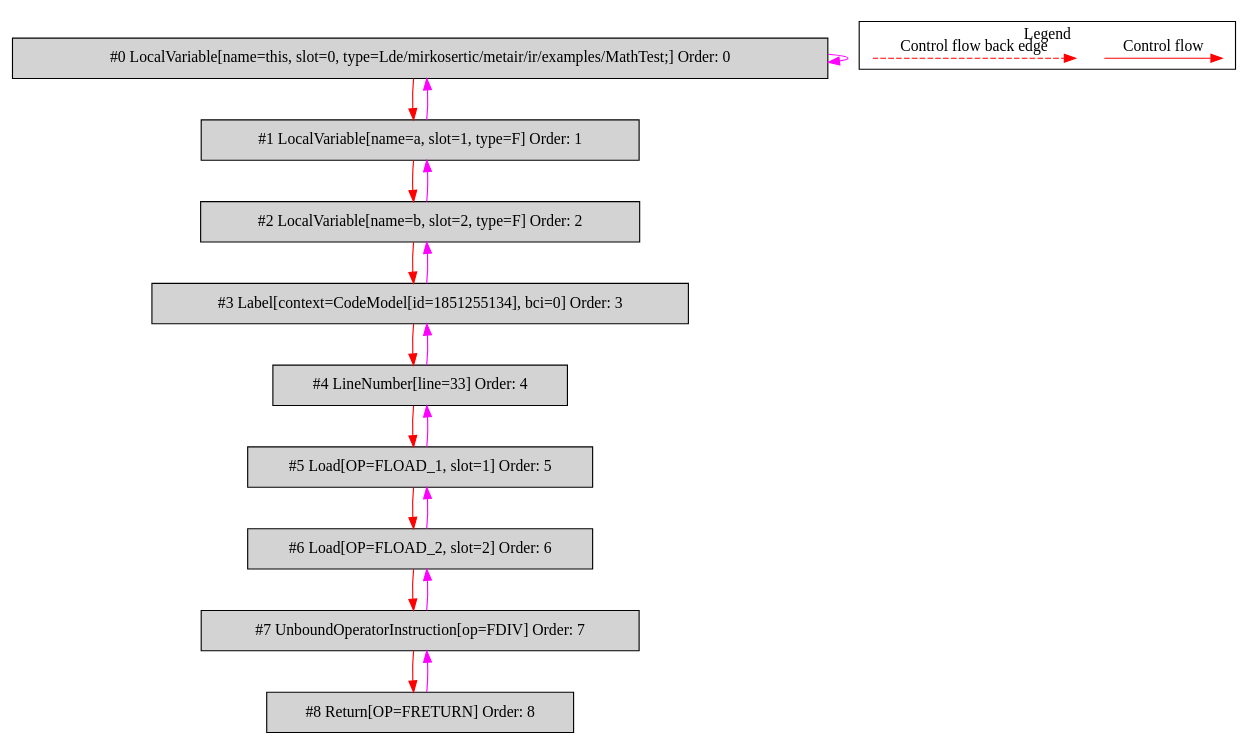
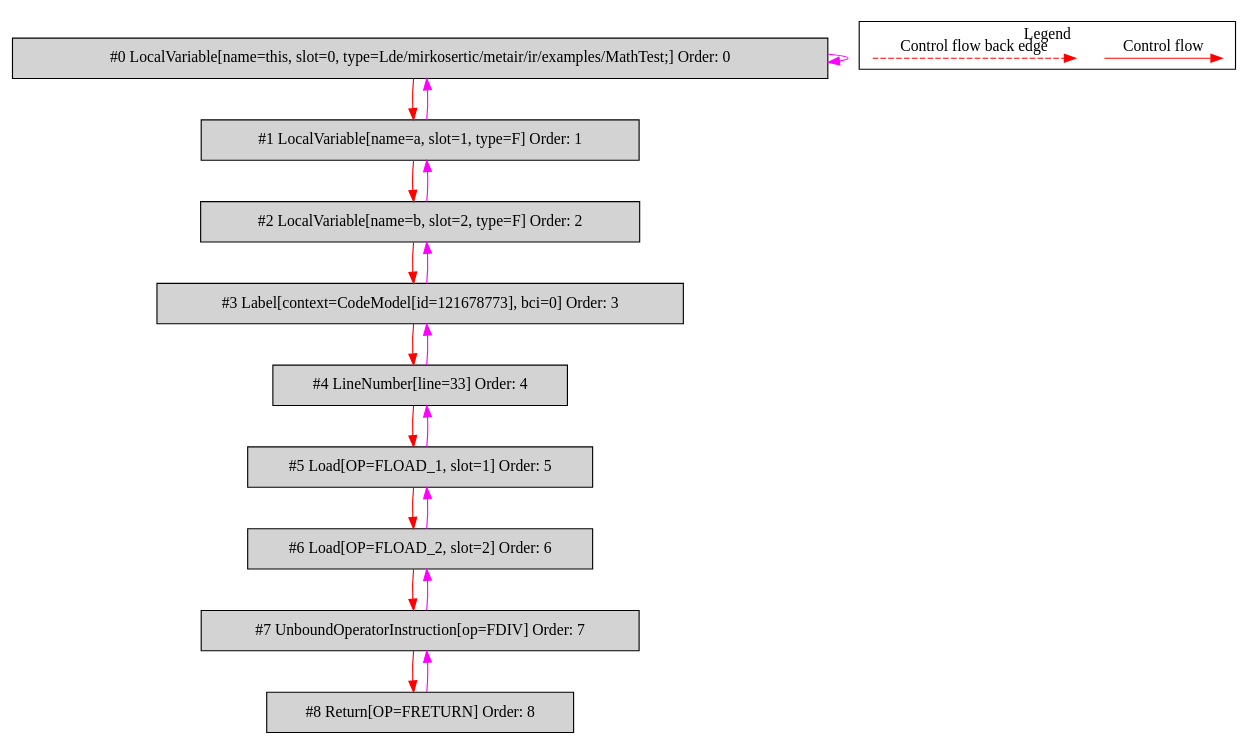
The diagram in de.mirkosertic.metair.ir.examples.MathTest/fdiv/bytecodecfg.dot (mirkosertic/MetaIR), drawn with Graphviz before and after one commit. The commit also changed 1370 other files, not shown here.

```diff
--- a/de.mirkosertic.metair.ir.examples.MathTest/fdiv/bytecodecfg.dot
+++ b/de.mirkosertic.metair.ir.examples.MathTest/fdiv/bytecodecfg.dot
@@ -1,43 +1,43 @@
 digraph {
  ordering="in";
  node0[label="#0 LocalVariable[name=this, slot=0, type=Lde/mirkosertic/metair/ir/examples/MathTest;] Order: 0", shape=box, fillcolor=lightgrey, style=filled];
  node1[label="#1 LocalVariable[name=a, slot=1, type=F] Order: 1", shape=box, fillcolor=lightgrey, style=filled];
  node2[label="#2 LocalVariable[name=b, slot=2, type=F] Order: 2", shape=box, fillcolor=lightgrey, style=filled];
- node3[label="#3 Label[context=CodeModel[id=1851255134], bci=0] Order: 3", shape=box, fillcolor=lightgrey, style=filled];
+ node3[label="#3 Label[context=CodeModel[id=121678773], bci=0] Order: 3", shape=box, fillcolor=lightgrey, style=filled];
  node4[label="#4 LineNumber[line=33] Order: 4", shape=box, fillcolor=lightgrey, style=filled];
  node5[label="#5 Load[OP=FLOAD_1, slot=1] Order: 5", shape=box, fillcolor=lightgrey, style=filled];
  node6[label="#6 Load[OP=FLOAD_2, slot=2] Order: 6", shape=box, fillcolor=lightgrey, style=filled];
  node7[label="#7 UnboundOperatorInstruction[op=FDIV] Order: 7", shape=box, fillcolor=lightgrey, style=filled];
  node8[label="#8 Return[OP=FRETURN] Order: 8", shape=box, fillcolor=lightgrey, style=filled];
  node0 -> node0[color=fuchsia];
  node0 -> node1[color=red];
  node1 -> node0[color=fuchsia];
  node1 -> node2[color=red];
  node2 -> node1[color=fuchsia];
  node2 -> node3[color=red];
  node3 -> node2[color=fuchsia];
  node3 -> node4[color=red];
  node4 -> node3[color=fuchsia];
  node4 -> node5[color=red];
  node5 -> node4[color=fuchsia];
  node5 -> node6[color=red];
  node6 -> node5[color=fuchsia];
  node6 -> node7[color=red];
  node7 -> node6[color=fuchsia];
  node7 -> node8[color=red];
  node8 -> node7[color=fuchsia];
  subgraph cluster_000 {
   label = "Legend";
   node [shape=point]
   {
    rank=same;
    c0 [style = invis];
    c1 [style = invis];
    c2 [style = invis];
    c3 [style = invis];
   }
   c0 -> c1 [label="Control flow", style=solid, color=red]
   c2 -> c3 [label="Control flow back edge", style=dashed, color=red]
  }
 
 }
```
